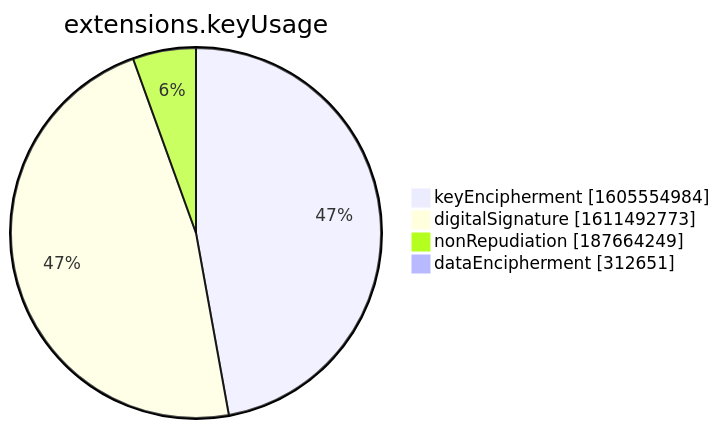
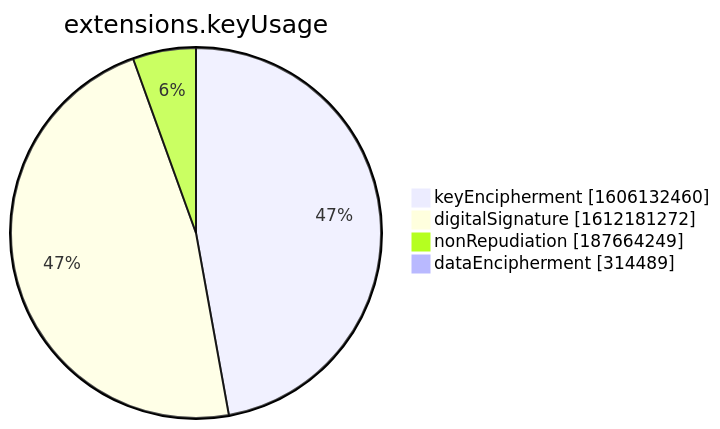
The seventh of 15 diagrams in xenon2022/README.md (christiankrug/ctmonitor_visualization), drawn with Mermaid before and after one commit. The commit also changed other lines of this file, not shown here.

````diff
--- a/xenon2022/README.md
+++ b/xenon2022/README.md
@@ -2855,8 +2855,8 @@
 ```mermaid
 pie showData
 title extensions.keyUsage
-"keyEncipherment" :1605554984
-"digitalSignature" :1611492773
+"keyEncipherment" :1606132460
+"digitalSignature" :1612181272
 "nonRepudiation" :187664249
-"dataEncipherment" :312651
+"dataEncipherment" :314489
 ```
````
